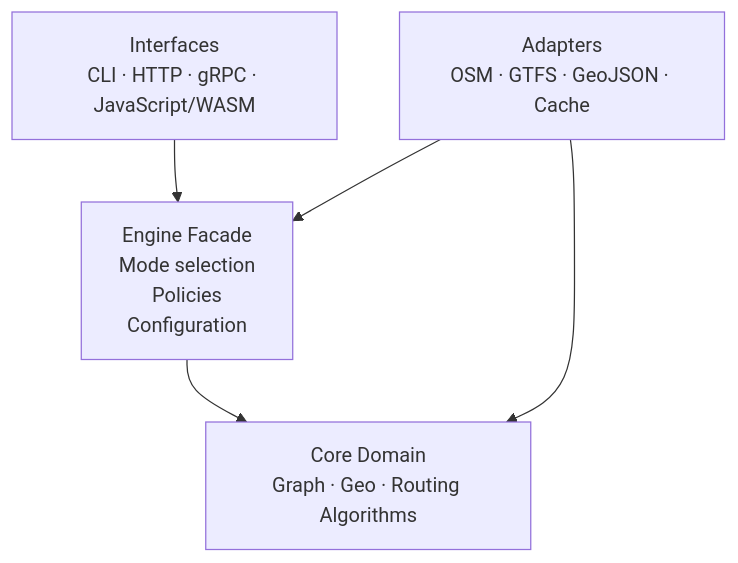
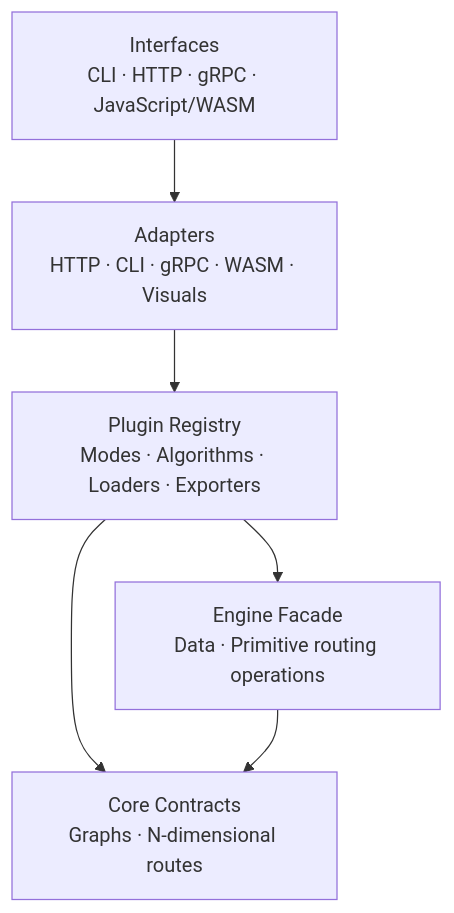
One commit to danielscoffee/pathcraft changed the diagram in docs/architecture/overview.md. Above: the diagram before and after it, drawn with Mermaid. The commit also changed other lines of this file and 5 other files, not shown here.

Commit message:
docs: document plugin-first routing

````diff
--- a/docs/architecture/overview.md
+++ b/docs/architecture/overview.md
@@ -41,17 +41,20 @@
 ```mermaid
 flowchart TB
     %% Layers
     Interfaces["Interfaces<br/>CLI · HTTP · gRPC · JavaScript/WASM"]
 
-    Engine["Engine Facade<br/>Mode selection<br/>Policies<br/>Configuration"]
+    Plugins["Plugin Registry<br/>Modes · Algorithms · Loaders · Exporters"]
 
-    Core["Core Domain<br/>Graph · Geo · Routing Algorithms"]
+    Engine["Engine Facade<br/>Data · Primitive routing operations"]
 
-    Adapters["Adapters<br/>OSM · GTFS · GeoJSON · Cache"]
+    Core["Core Contracts<br/>Graphs · N-dimensional routes"]
+
+    Adapters["Adapters<br/>HTTP · CLI · gRPC · WASM · Visuals"]
 
     %% Dependency flow (top-down usage, bottom-up dependencies)
-    Interfaces --> Engine
+    Interfaces --> Adapters
+    Adapters --> Plugins
+    Plugins --> Engine
+    Plugins --> Core
     Engine --> Core
-    Adapters --> Core
-    Adapters --> Engine
 ```
````
